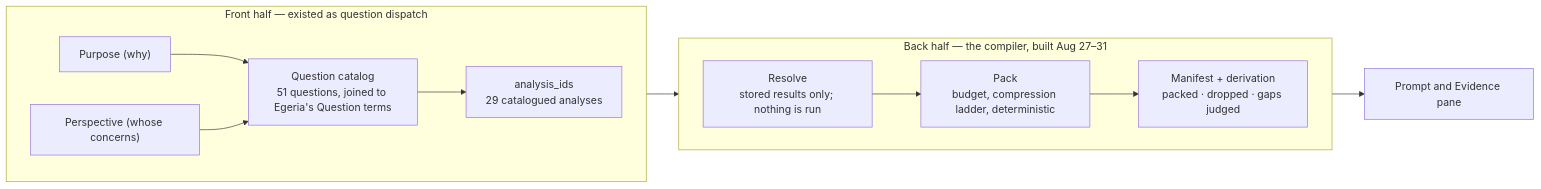
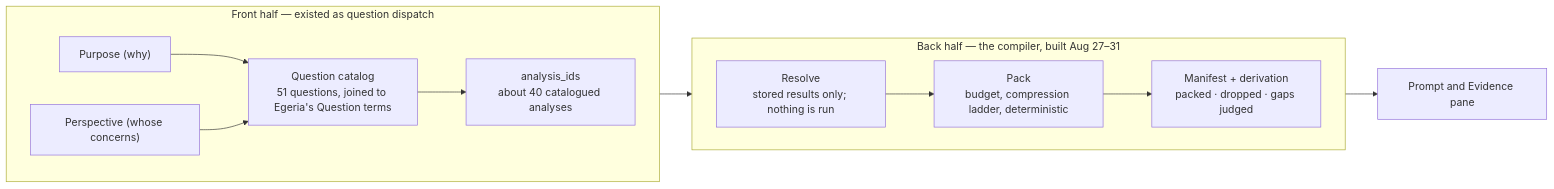
The third of 10 diagrams in docs/context-compilation-brief.md (dwolfson/trellis), drawn with Mermaid before and after one commit. The commit also changed other lines of this file, not shown here.

````diff
--- a/docs/context-compilation-brief.md
+++ b/docs/context-compilation-brief.md
@@ -31,15 +164,15 @@
 ```mermaid
 flowchart LR
   subgraph FRONT["Front half — existed as question dispatch"]
     direction LR
     P["Purpose (why)"] --> Q["Question catalog<br/>51 questions, joined to Egeria's Question terms"]
     S["Perspective (whose concerns)"] --> Q
-    Q --> A["analysis_ids<br/>29 catalogued analyses"]
+    Q --> A["analysis_ids<br/>about 40 catalogued analyses"]
   end
   subgraph BACK["Back half — the compiler, built Aug 27–31"]
     direction LR
     R["Resolve<br/>stored results only; nothing is run"] --> K["Pack<br/>budget, compression ladder, deterministic"] --> M["Manifest + derivation<br/>packed · dropped · gaps judged"]
   end
   A --> R
   M --> OUT["Prompt and Evidence pane"]
 ```
````
